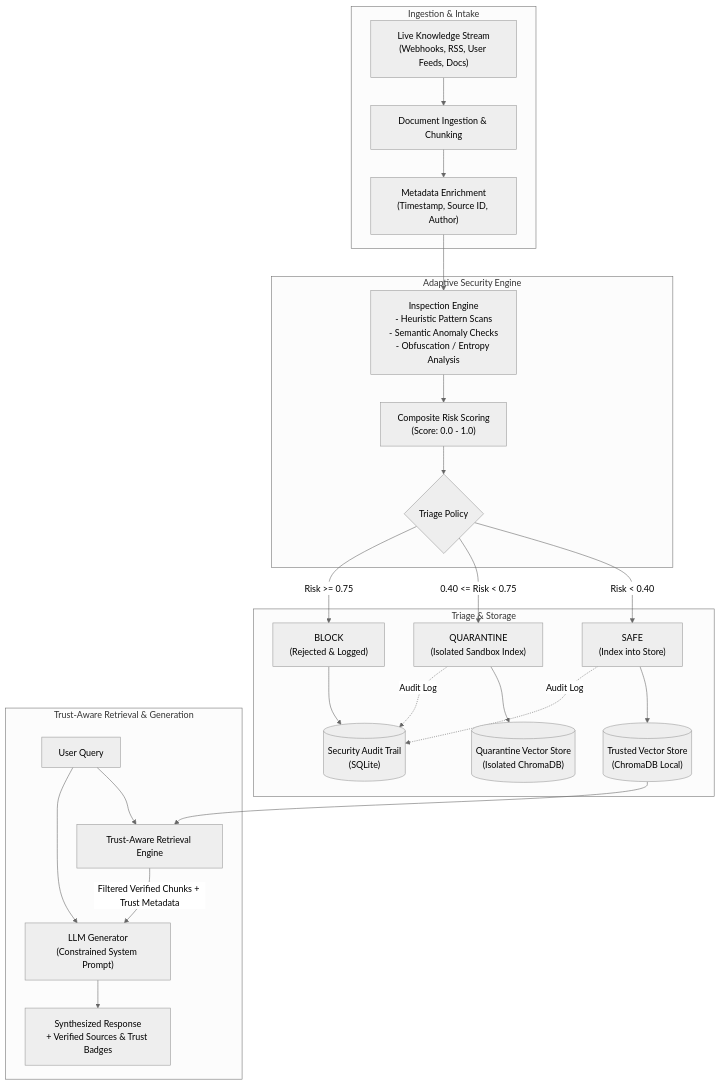
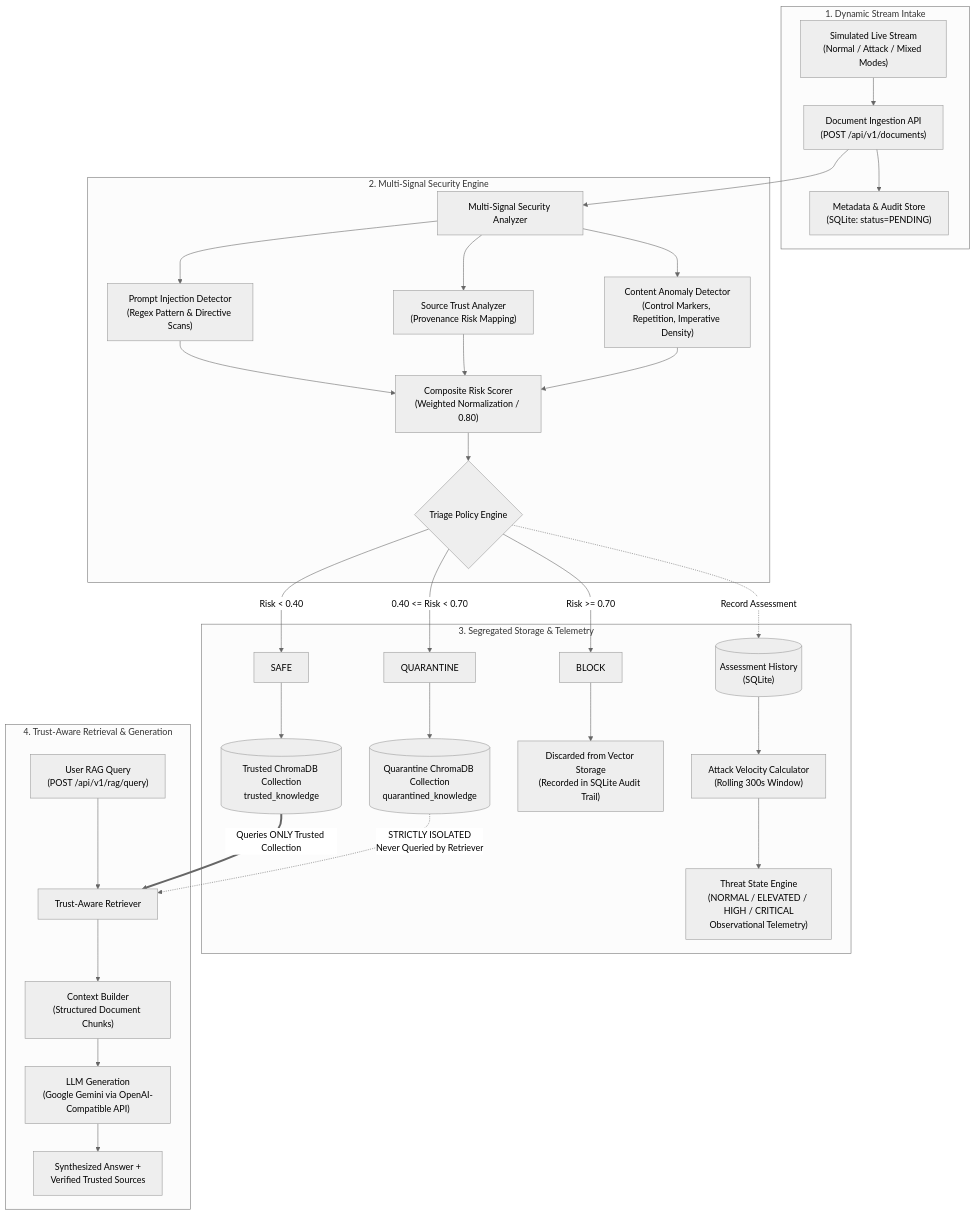
The diagram in docs/architecture.md (Madhumithagopinath-2121/adaptive-shield-rag), drawn with Mermaid (neutral theme) before and after one commit. The commit also changed other lines of this file and 1 other file, not shown here.

````diff
--- a/docs/architecture.md
+++ b/docs/architecture.md
@@ -11,33 +15,39 @@
 ```mermaid
 flowchart TD
-    subgraph Ingestion_Stage["Ingestion & Intake"]
-        A["Live Knowledge Stream\n(Webhooks, RSS, User Feeds, Docs)"] --> B["Document Ingestion & Chunking"]
-        B --> C["Metadata Enrichment\n(Timestamp, Source ID, Author)"]
+    subgraph Intake["1. Dynamic Stream Intake"]
+        A["Simulated Live Stream\n(Normal / Attack / Mixed Modes)"] --> B["Document Ingestion API\n(POST /api/v1/documents)"]
+        B --> C["Metadata & Audit Store\n(SQLite: status=PENDING)"]
     end
 
-    subgraph Security_Stage["Adaptive Security Engine"]
-        C --> D["Inspection Engine\n- Heuristic Pattern Scans\n- Semantic Anomaly Checks\n- Obfuscation / Entropy Analysis"]
-        D --> E["Composite Risk Scoring\n(Score: 0.0 - 1.0)"]
-        E --> F{"Triage Policy"}
+    subgraph Security["2. Multi-Signal Security Engine"]
+        B --> D["Multi-Signal Security Analyzer"]
+        D --> D1["Prompt Injection Detector\n(Regex Pattern & Directive Scans)"]
+        D --> D2["Source Trust Analyzer\n(Provenance Risk Mapping)"]
+        D --> D3["Content Anomaly Detector\n(Control Markers, Repetition, Imperative Density)"]
+        D1 & D2 & D3 --> E["Composite Risk Scorer\n(Weighted Normalization / 0.80)"]
+        E --> F{"Triage Policy Engine"}
     end
 
-    subgraph Decision_Stage["Triage & Storage"]
-        F -->|Risk < 0.40| G["SAFE\n(Index into Store)"]
-        F -->|0.40 <= Risk < 0.75| H["QUARANTINE\n(Isolated Sandbox Index)"]
-        F -->|Risk >= 0.75| I["BLOCK\n(Rejected & Logged)"]
-        
-        G --> J[("Trusted Vector Store\n(ChromaDB Local)")]
-        H --> K[("Quarantine Vector Store\n(Isolated ChromaDB)")]
-        I --> L[("Security Audit Trail\n(SQLite)")]
-        G -. Audit Log .-> L
-        H -. Audit Log .-> L
+    subgraph Triage["3. Segregated Storage & Telemetry"]
+        F -->|"Risk < 0.40"| G["SAFE"]
+        F -->|"0.40 <= Risk < 0.70"| H["QUARANTINE"]
+        F -->|"Risk >= 0.70"| I["BLOCK"]
+
+        G --> J[("Trusted ChromaDB Collection\ntrusted_knowledge")]
+        H --> K[("Quarantine ChromaDB Collection\nquarantined_knowledge")]
+        I --> L["Discarded from Vector Storage\n(Recorded in SQLite Audit Trail)"]
+
+        F -. Record Assessment .-> M[("Assessment History\n(SQLite)")]
+        M --> N["Attack Velocity Calculator\n(Rolling 300s Window)"]
+        N --> O["Threat State Engine\n(NORMAL / ELEVATED / HIGH / CRITICAL\nObservational Telemetry)"]
     end
 
-    subgraph Retrieval_Stage["Trust-Aware Retrieval & Generation"]
-        M["User Query"] --> N["Trust-Aware Retrieval Engine"]
-        J --> N
-        N -->|Filtered Verified Chunks + Trust Metadata| O["LLM Generator\n(Constrained System Prompt)"]
-        M --> O
-        O --> P["Synthesized Response\n+ Verified Sources & Trust Badges"]
+    subgraph RAG["4. Trust-Aware Retrieval & Generation"]
+        P["User RAG Query\n(POST /api/v1/rag/query)"] --> Q["Trust-Aware Retriever"]
+        J ==>|"Queries ONLY Trusted Collection"| Q
+        K -.->|"STRICTLY ISOLATED\nNever Queried by Retriever"| Q
+        Q --> R["Context Builder\n(Structured Document Chunks)"]
+        R --> S["LLM Generation\n(Google Gemini via OpenAI-Compatible API)"]
+        S --> T["Synthesized Answer +\nVerified Trusted Sources"]
     end
 ```
````
